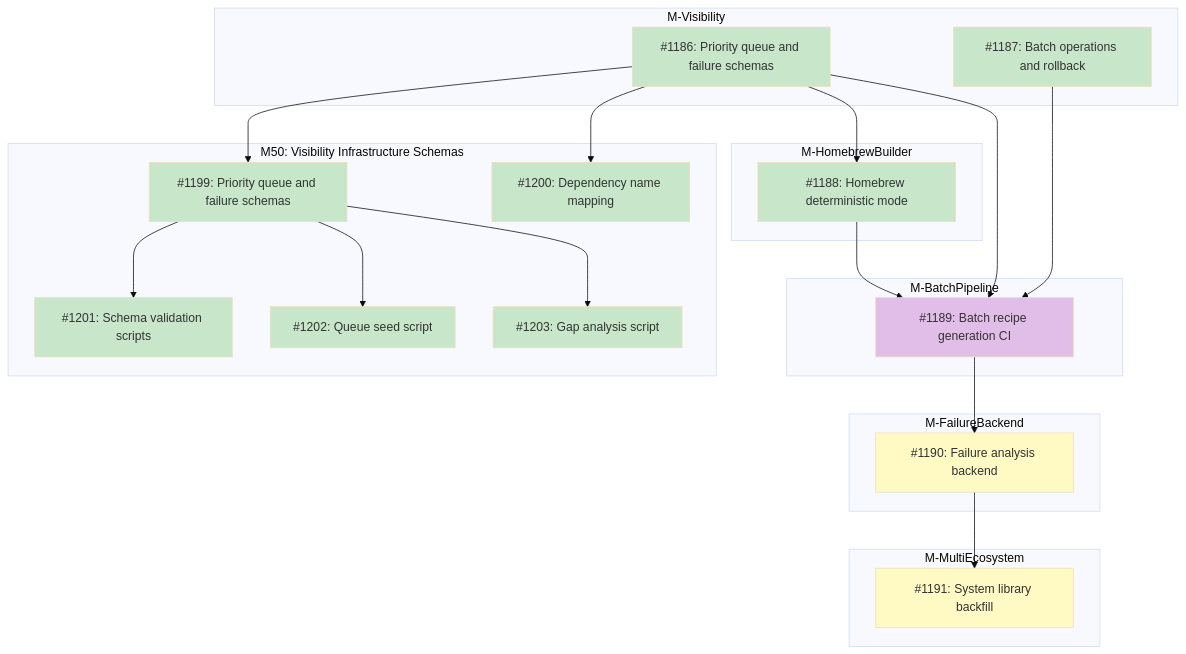
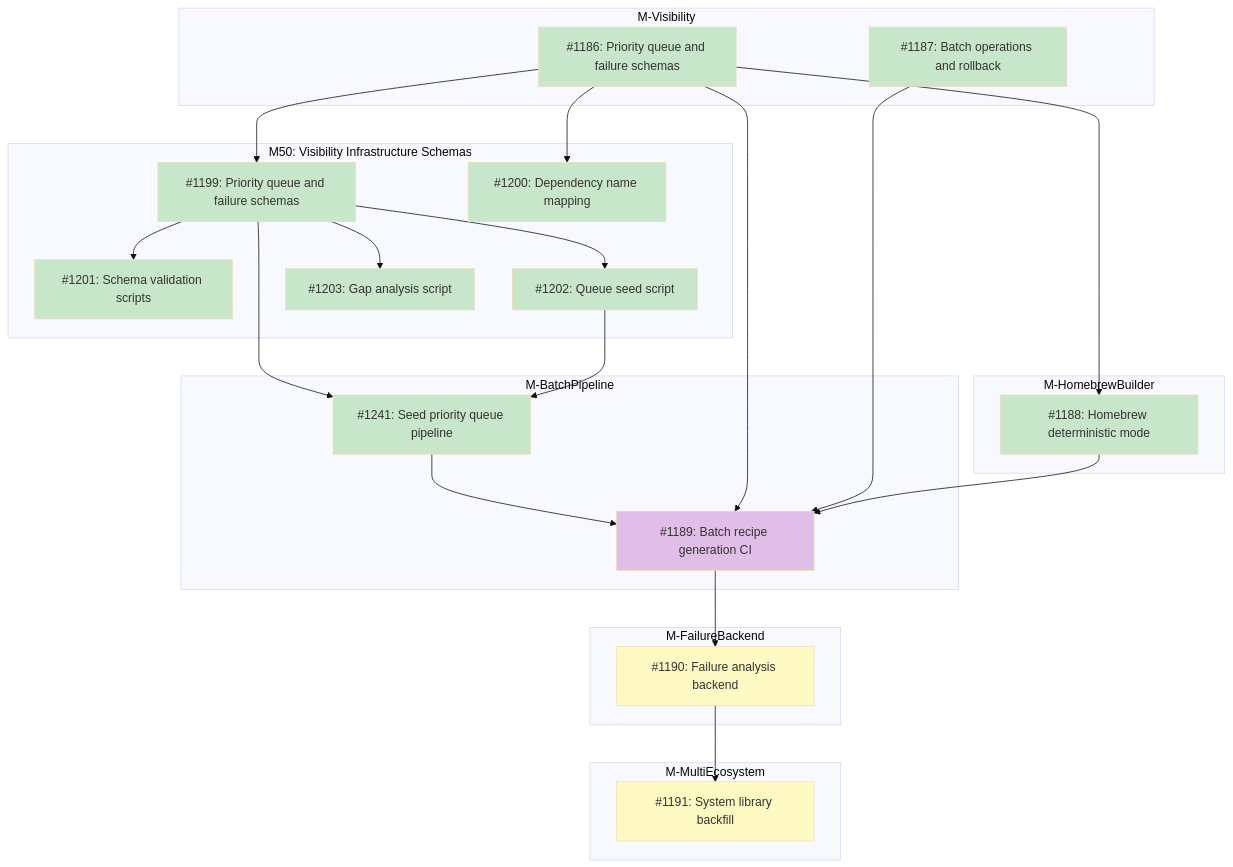
The diagram in docs/designs/DESIGN-registry-scale-strategy.md (tsukumogami/tsuku), drawn with Mermaid (base theme) before and after one commit. The commit also changed other lines of this file and 9 other files, not shown here.

First line of the commit message:
feat(seed): add seed-queue Go tool and pipeline design (#1244)

````diff
--- a/docs/designs/DESIGN-registry-scale-strategy.md
+++ b/docs/designs/DESIGN-registry-scale-strategy.md
@@ -67,58 +68,63 @@
 ```mermaid
 graph TD
     subgraph M_Visibility["M-Visibility"]
         I1186["#1186: Priority queue and failure schemas"]
         I1187["#1187: Batch operations and rollback"]
     end
 
     subgraph M50["M50: Visibility Infrastructure Schemas"]
         I1199["#1199: Priority queue and failure schemas"]
         I1200["#1200: Dependency name mapping"]
         I1201["#1201: Schema validation scripts"]
         I1202["#1202: Queue seed script"]
         I1203["#1203: Gap analysis script"]
     end
 
     subgraph M_HomebrewBuilder["M-HomebrewBuilder"]
         I1188["#1188: Homebrew deterministic mode"]
     end
 
     subgraph M_BatchPipeline["M-BatchPipeline"]
+        I1241["#1241: Seed priority queue pipeline"]
         I1189["#1189: Batch recipe generation CI"]
     end
 
     subgraph M_FailureBackend["M-FailureBackend"]
         I1190["#1190: Failure analysis backend"]
     end
 
     subgraph M_MultiEcosystem["M-MultiEcosystem"]
         I1191["#1191: System library backfill"]
     end
 
     I1186 --> I1199
     I1186 --> I1200
     I1199 --> I1201
     I1199 --> I1202
     I1199 --> I1203
+    I1199 --> I1241
+    I1202 --> I1241
     I1186 --> I1188
+    I1241 --> I1189
     I1186 --> I1189
     I1187 --> I1189
     I1188 --> I1189
     I1189 --> I1190
     I1190 --> I1191
 
     classDef done fill:#c8e6c9
     classDef ready fill:#bbdefb
     classDef blocked fill:#fff9c4
     classDef needsDesign fill:#e1bee7
 
     class I1186,I1187 done
     class I1200 done
     class I1199 done
     class I1188 done
     class I1201 done
     class I1202 done
     class I1203 done
+    class I1241 done
     class I1189 needsDesign
     class I1190,I1191 blocked
 ```
````
